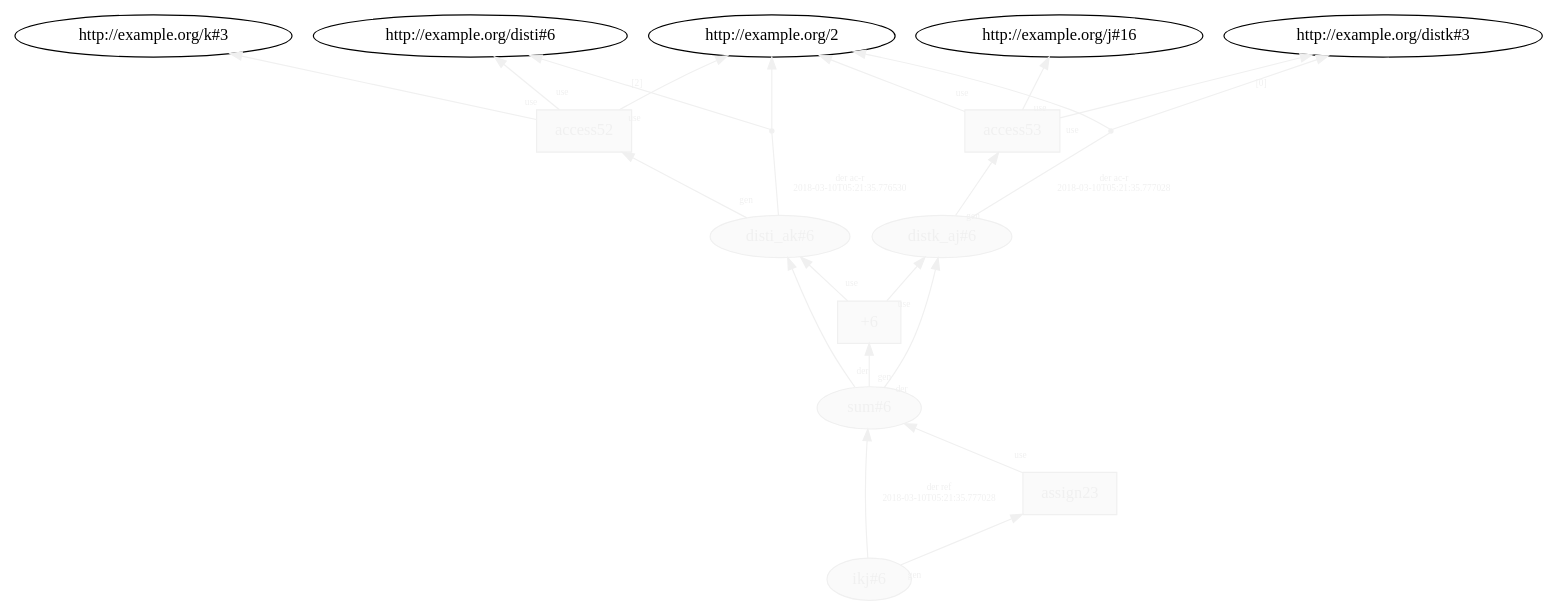
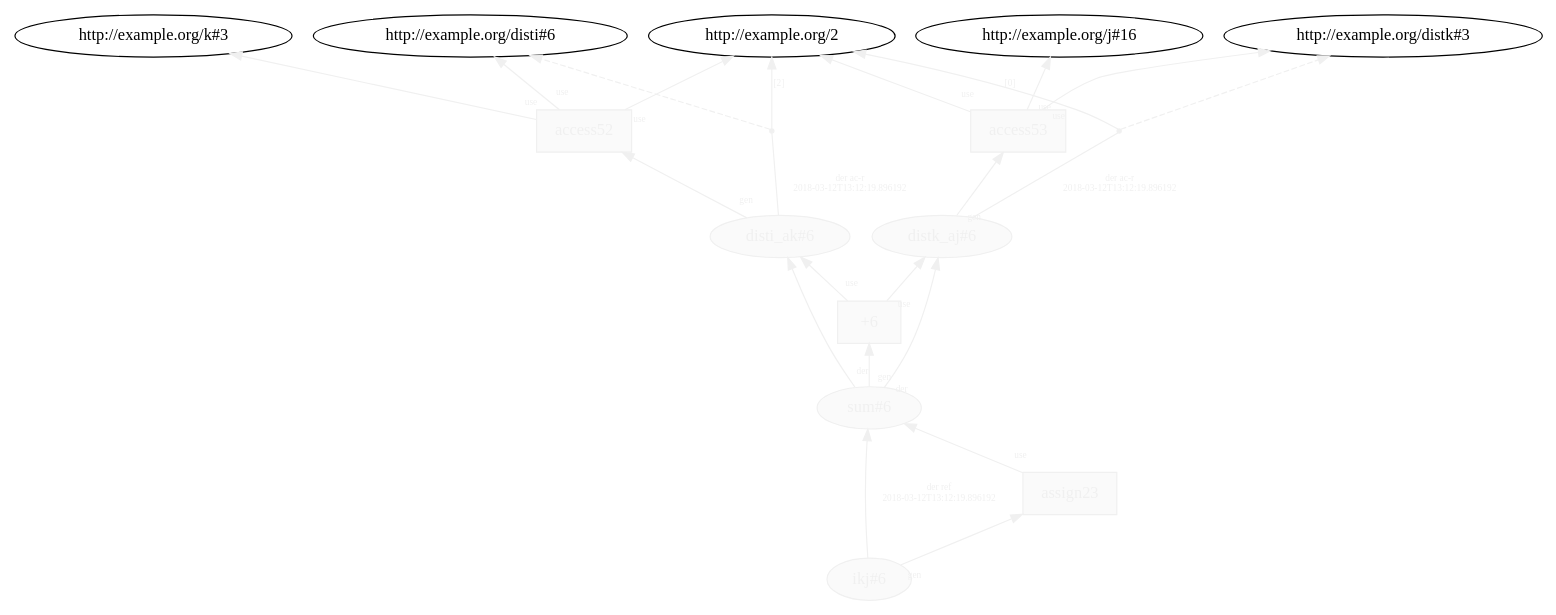
One commit to dew-uff/versioned-prov changed the diagram in generated/versioned_prov/temp/L19__access__access__operation__assign_6.dot. Above: the diagram before and after it, drawn with Graphviz. The commit also changed 327 other files, not shown here.

```diff
--- a/generated/versioned_prov/temp/L19__access__access__operation__assign_6.dot
+++ b/generated/versioned_prov/temp/L19__access__access__operation__assign_6.dot
@@ -1,37 +1,37 @@
 digraph "PROV" { size="16,12"; rankdir="BT";
 "http://example.org/disti_ak#6" [fillcolor="#FAFAFA",color="#F0F0F0",style="filled",fontcolor="#F0F0F0",label="disti_ak#6",URL="http://example.org/disti_ak#6"]
 "http://example.org/access52" [fillcolor="#FAFAFA",color="#F0F0F0",shape="polygon",sides="4",style="filled",fontcolor="#F0F0F0",label="access52",URL="http://example.org/access52"]
 "bn0" [shape="point",label="",fontcolor="#F0F0F0",color="#F0F0F0"]
 "http://example.org/disti_ak#6" -> "bn0" [fontsize="8",distance="1.5",angle="60.0",rotation="20",label="der ac-r
-2018-03-10T05:21:35.776530",arrowhead="none",fontcolor="#F0F0F0",color="#F0F0F0"]
-"bn0" -> "http://example.org/disti#6" [fontsize="8",distance="1.5",angle="60.0",rotation="20",label="[2]",fontcolor="#F0F0F0",color="#F0F0F0"]
-"bn0" -> "http://example.org/2" [fontcolor="#F0F0F0",color="#F0F0F0"]
+2018-03-12T13:12:19.896192",arrowhead="none",fontcolor="#F0F0F0",color="#F0F0F0"]
+"bn0" -> "http://example.org/disti#6" [style="dashed",fontcolor="#F0F0F0",color="#F0F0F0"]
+"bn0" -> "http://example.org/2" [fontsize="8",distance="1.5",angle="60.0",rotation="20",label="[2]",fontcolor="#F0F0F0",color="#F0F0F0"]
 "http://example.org/access52" -> "http://example.org/disti#6" [labelfontsize="8",labeldistance="1.5",labelangle="60.0",rotation="20",taillabel="use",fontcolor="#F0F0F0",color="#F0F0F0"]
 "http://example.org/access52" -> "http://example.org/k#3" [labelfontsize="8",labeldistance="1.5",labelangle="60.0",rotation="20",taillabel="use",fontcolor="#F0F0F0",color="#F0F0F0"]
 "http://example.org/distk_aj#6" [fillcolor="#FAFAFA",color="#F0F0F0",style="filled",fontcolor="#F0F0F0",label="distk_aj#6",URL="http://example.org/distk_aj#6"]
 "http://example.org/access53" [fillcolor="#FAFAFA",color="#F0F0F0",shape="polygon",sides="4",style="filled",fontcolor="#F0F0F0",label="access53",URL="http://example.org/access53"]
 "bn1" [shape="point",label="",fontcolor="#F0F0F0",color="#F0F0F0"]
 "http://example.org/distk_aj#6" -> "bn1" [fontsize="8",distance="1.5",angle="60.0",rotation="20",label="der ac-r
-2018-03-10T05:21:35.777028",arrowhead="none",fontcolor="#F0F0F0",color="#F0F0F0"]
-"bn1" -> "http://example.org/distk#3" [fontsize="8",distance="1.5",angle="60.0",rotation="20",label="[0]",fontcolor="#F0F0F0",color="#F0F0F0"]
-"bn1" -> "http://example.org/2" [fontcolor="#F0F0F0",color="#F0F0F0"]
+2018-03-12T13:12:19.896192",arrowhead="none",fontcolor="#F0F0F0",color="#F0F0F0"]
+"bn1" -> "http://example.org/distk#3" [style="dashed",fontcolor="#F0F0F0",color="#F0F0F0"]
+"bn1" -> "http://example.org/2" [fontsize="8",distance="1.5",angle="60.0",rotation="20",label="[0]",fontcolor="#F0F0F0",color="#F0F0F0"]
 "http://example.org/access53" -> "http://example.org/distk#3" [labelfontsize="8",labeldistance="1.5",labelangle="60.0",rotation="20",taillabel="use",fontcolor="#F0F0F0",color="#F0F0F0"]
 "http://example.org/access53" -> "http://example.org/j#16" [labelfontsize="8",labeldistance="1.5",labelangle="60.0",rotation="20",taillabel="use",fontcolor="#F0F0F0",color="#F0F0F0"]
 "http://example.org/sum#6" [fillcolor="#FAFAFA",color="#F0F0F0",style="filled",fontcolor="#F0F0F0",label="sum#6",URL="http://example.org/sum#6"]
 "http://example.org/+6" [fillcolor="#FAFAFA",color="#F0F0F0",shape="polygon",sides="4",style="filled",fontcolor="#F0F0F0",label="+6",URL="http://example.org/+6"]
 "http://example.org/sum#6" -> "http://example.org/disti_ak#6" [labelfontsize="8",labeldistance="1.5",labelangle="60.0",rotation="20",taillabel="der",fontcolor="#F0F0F0",color="#F0F0F0"]
 "http://example.org/sum#6" -> "http://example.org/distk_aj#6" [labelfontsize="8",labeldistance="1.5",labelangle="60.0",rotation="20",taillabel="der",fontcolor="#F0F0F0",color="#F0F0F0"]
 "http://example.org/ikj#6" [fillcolor="#FAFAFA",color="#F0F0F0",style="filled",fontcolor="#F0F0F0",label="ikj#6",URL="http://example.org/ikj#6"]
 "http://example.org/assign23" [fillcolor="#FAFAFA",color="#F0F0F0",shape="polygon",sides="4",style="filled",fontcolor="#F0F0F0",label="assign23",URL="http://example.org/assign23"]
 "http://example.org/ikj#6" -> "http://example.org/sum#6" [fontsize="8",distance="1.5",angle="60.0",rotation="20",label="der ref
-2018-03-10T05:21:35.777028",fontcolor="#F0F0F0",color="#F0F0F0"]
-"http://example.org/+6" -> "http://example.org/disti_ak#6" [labelfontsize="8",labeldistance="1.5",labelangle="60.0",rotation="20",taillabel="use",fontcolor="#F0F0F0",color="#F0F0F0"]
-"http://example.org/+6" -> "http://example.org/distk_aj#6" [labelfontsize="8",labeldistance="1.5",labelangle="60.0",rotation="20",taillabel="use",fontcolor="#F0F0F0",color="#F0F0F0"]
+2018-03-12T13:12:19.896192",fontcolor="#F0F0F0",color="#F0F0F0"]
 "http://example.org/access52" -> "http://example.org/2" [labelfontsize="8",labeldistance="1.5",labelangle="60.0",rotation="20",taillabel="use",fontcolor="#F0F0F0",color="#F0F0F0"]
 "http://example.org/access53" -> "http://example.org/2" [labelfontsize="8",labeldistance="1.5",labelangle="60.0",rotation="20",taillabel="use",fontcolor="#F0F0F0",color="#F0F0F0"]
 "http://example.org/assign23" -> "http://example.org/sum#6" [labelfontsize="8",labeldistance="1.5",labelangle="60.0",rotation="20",taillabel="use",fontcolor="#F0F0F0",color="#F0F0F0"]
+"http://example.org/+6" -> "http://example.org/disti_ak#6" [labelfontsize="8",labeldistance="1.5",labelangle="60.0",rotation="20",taillabel="use",fontcolor="#F0F0F0",color="#F0F0F0"]
+"http://example.org/+6" -> "http://example.org/distk_aj#6" [labelfontsize="8",labeldistance="1.5",labelangle="60.0",rotation="20",taillabel="use",fontcolor="#F0F0F0",color="#F0F0F0"]
 "http://example.org/ikj#6" -> "http://example.org/assign23" [labelfontsize="8",labeldistance="1.5",labelangle="60.0",rotation="20",taillabel="gen",fontcolor="#F0F0F0",color="#F0F0F0"]
 "http://example.org/distk_aj#6" -> "http://example.org/access53" [labelfontsize="8",labeldistance="1.5",labelangle="60.0",rotation="20",taillabel="gen",fontcolor="#F0F0F0",color="#F0F0F0"]
+"http://example.org/sum#6" -> "http://example.org/+6" [labelfontsize="8",labeldistance="1.5",labelangle="60.0",rotation="20",taillabel="gen",fontcolor="#F0F0F0",color="#F0F0F0"]
 "http://example.org/disti_ak#6" -> "http://example.org/access52" [labelfontsize="8",labeldistance="1.5",labelangle="60.0",rotation="20",taillabel="gen",fontcolor="#F0F0F0",color="#F0F0F0"]
-"http://example.org/sum#6" -> "http://example.org/+6" [labelfontsize="8",labeldistance="1.5",labelangle="60.0",rotation="20",taillabel="gen",fontcolor="#F0F0F0",color="#F0F0F0"]
 }
```
